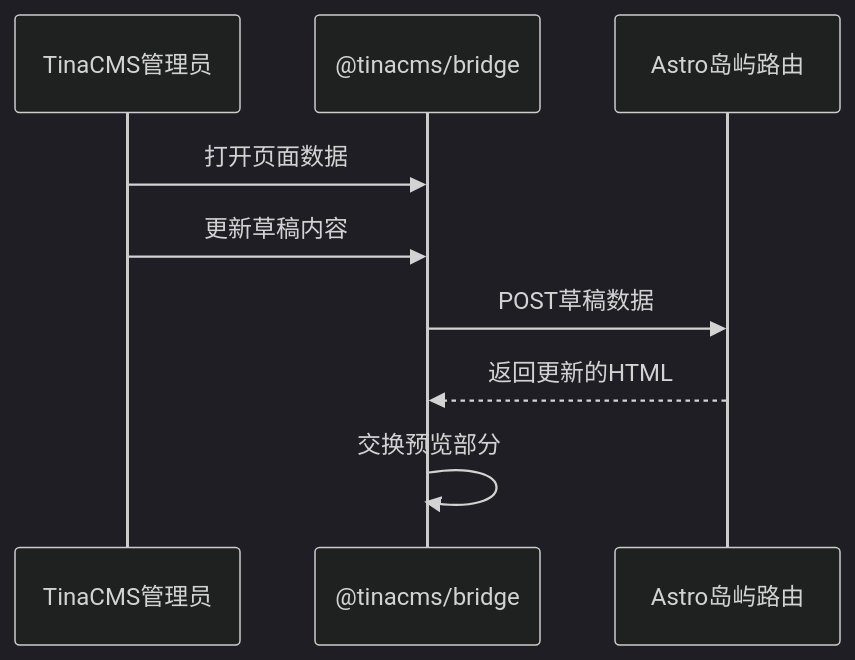
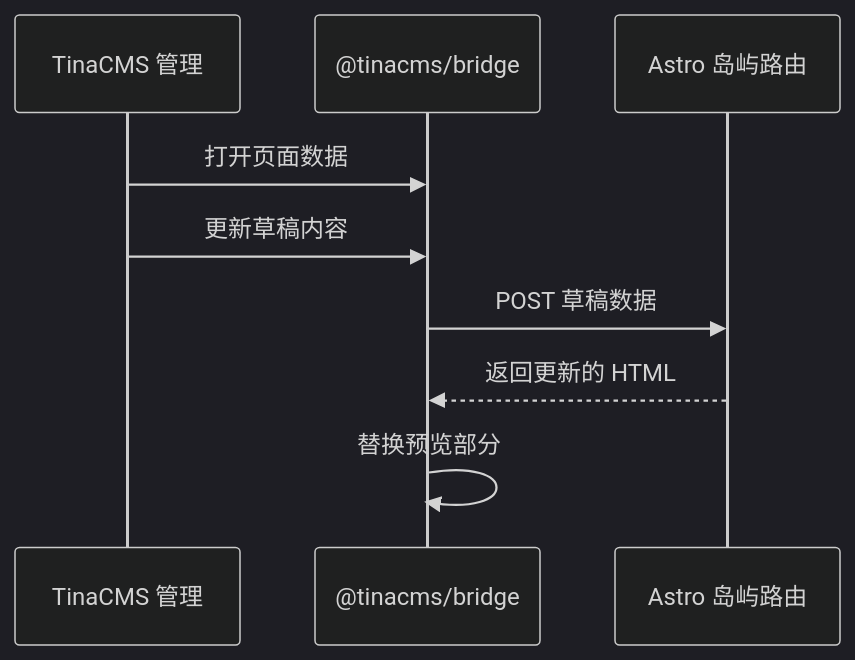
One commit to tinacms/tina.io changed the diagram in content/blog-zh/astro-is-becoming-the-default-tinacms-starter.mdx. Above: the diagram before and after it, drawn with Mermaid (dark theme). The commit also changed other lines of this file and 28 other files, not shown here.

````diff
--- a/content/blog-zh/astro-is-becoming-the-default-tinacms-starter.mdx
+++ b/content/blog-zh/astro-is-becoming-the-default-tinacms-starter.mdx
@@ -118,12 +118,12 @@
 ```mermaid
 sequenceDiagram
-    participant Admin as TinaCMS管理员
+    participant Admin as TinaCMS 管理
     participant Bridge as @tinacms/bridge
-    participant Island as Astro岛屿路由
+    participant Island as Astro 岛屿路由
 
     Admin->>Bridge: 打开页面数据
     Admin->>Bridge: 更新草稿内容
-    Bridge->>Island: POST草稿数据
-    Island-->>Bridge: 返回更新的HTML
-    Bridge->>Bridge: 交换预览部分
+    Bridge->>Island: POST 草稿数据
+    Island-->>Bridge: 返回更新的 HTML
+    Bridge->>Bridge: 替换预览部分
 ```
````
